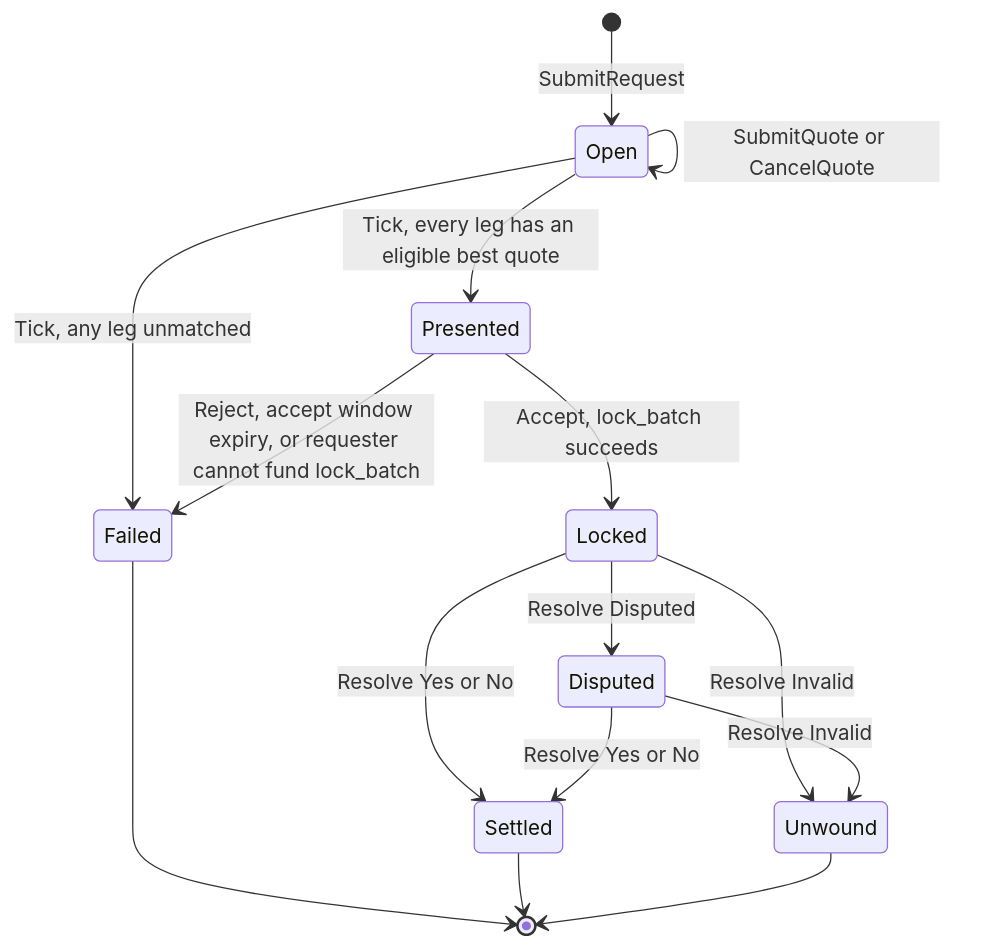
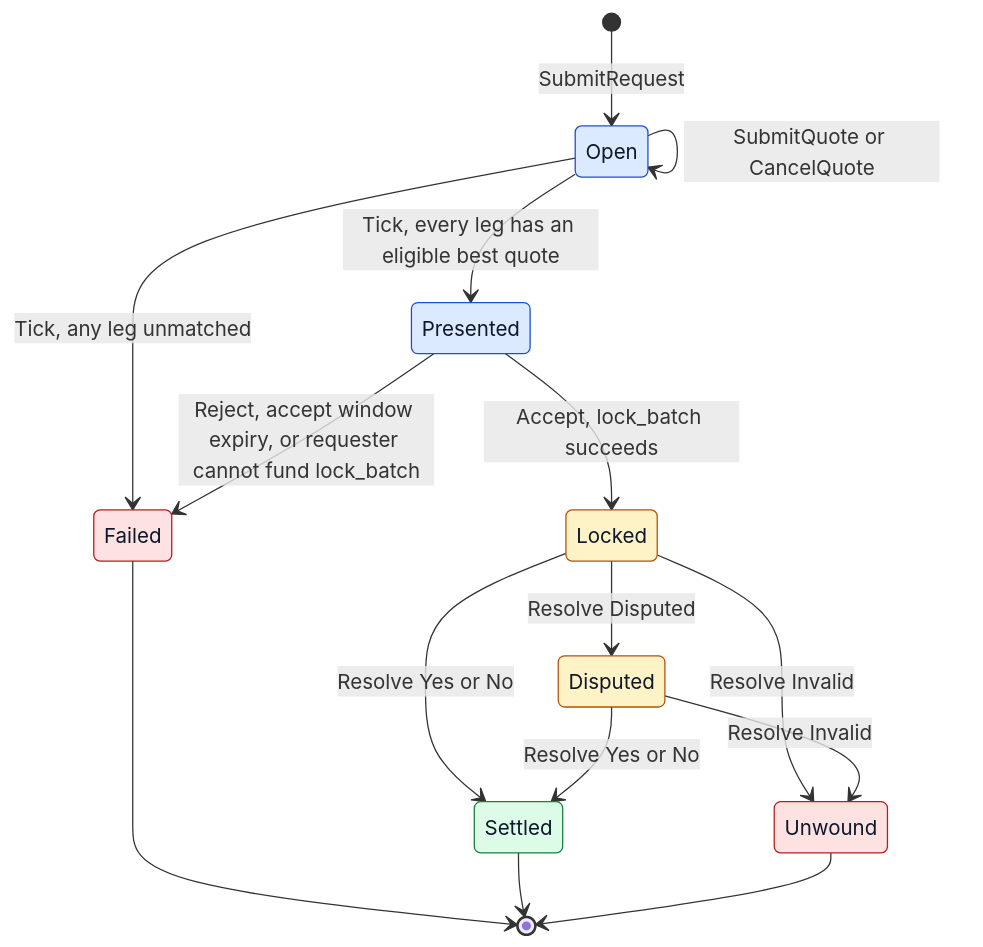
Before and after one commit to SwineCoder101/rfq-matching-settlement-engine: the fifth of 5 diagrams in docs/ARCHITECTURE.md, drawn with Mermaid. The commit also changed other lines of this file and 13 other files, not shown here.

````diff
--- a/docs/ARCHITECTURE.md
+++ b/docs/ARCHITECTURE.md
@@ -132,17 +152,26 @@
 ```mermaid
 stateDiagram-v2
     [*] --> Open: SubmitRequest
     Open --> Open: SubmitQuote or CancelQuote
     Open --> Presented: Tick, every leg has an eligible best quote
     Open --> Failed: Tick, any leg unmatched
     Presented --> Locked: Accept, lock_batch succeeds
     Presented --> Failed: Reject, accept window expiry, or requester cannot fund lock_batch
     Locked --> Settled: Resolve Yes or No
     Locked --> Disputed: Resolve Disputed
     Locked --> Unwound: Resolve Invalid
     Disputed --> Settled: Resolve Yes or No
     Disputed --> Unwound: Resolve Invalid
     Failed --> [*]
     Settled --> [*]
     Unwound --> [*]
+
+    classDef inflight fill:#dbeafe,stroke:#1d4ed8,color:#0f172a
+    classDef held fill:#fef3c7,stroke:#b45309,color:#0f172a
+    classDef done fill:#dcfce7,stroke:#15803d,color:#0f172a
+    classDef undone fill:#fee2e2,stroke:#b91c1c,color:#0f172a
+    class Open,Presented inflight
+    class Locked,Disputed held
+    class Settled done
+    class Failed,Unwound undone
 ```
````
